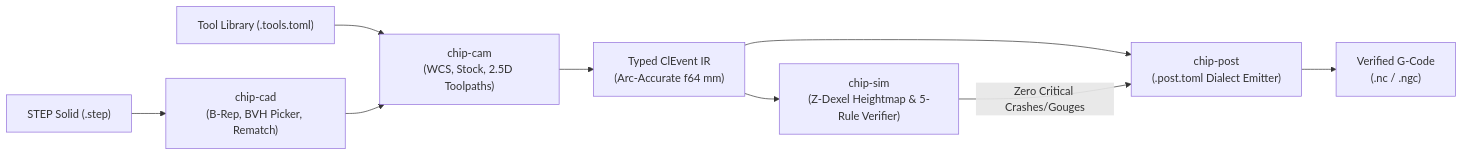
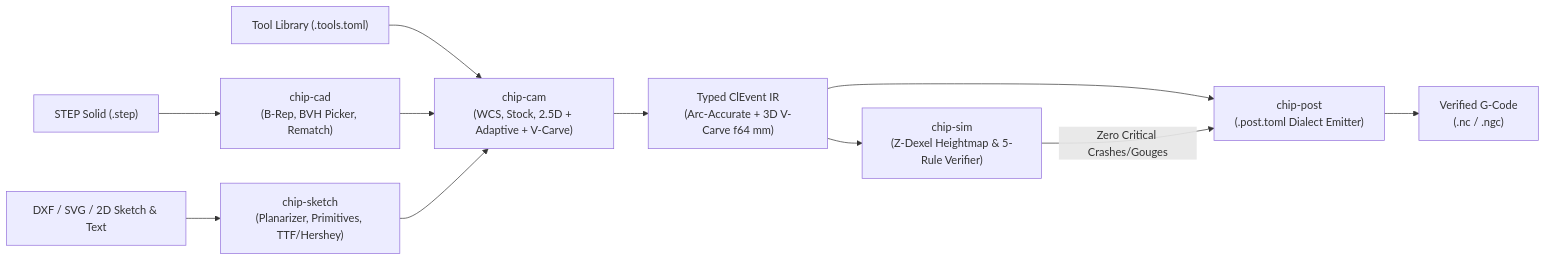
Before and after one commit to rk29/ChipCutter: the first of 2 diagrams in ARCHITECTURE.md, drawn with Mermaid. The commit also changed other lines of this file and 44 other files, not shown here.

````diff
--- a/ARCHITECTURE.md
+++ b/ARCHITECTURE.md
@@ -9,11 +9,13 @@
 ```mermaid
 flowchart LR
     STEP["STEP Solid (.step)"] --> CAD["chip-cad\n(B-Rep, BVH Picker, Rematch)"]
-    TOOLS["Tool Library (.tools.toml)"] --> CAM["chip-cam\n(WCS, Stock, 2.5D Toolpaths)"]
+    VEC["DXF / SVG / 2D Sketch & Text"] --> SKETCH["chip-sketch\n(Planarizer, Primitives, TTF/Hershey)"]
+    TOOLS["Tool Library (.tools.toml)"] --> CAM["chip-cam\n(WCS, Stock, 2.5D + Adaptive + V-Carve)"]
     CAD --> CAM
-    CAM --> CL["Typed ClEvent IR\n(Arc-Accurate f64 mm)"]
+    SKETCH --> CAM
+    CAM --> CL["Typed ClEvent IR\n(Arc-Accurate + 3D V-Carve f64 mm)"]
     CL --> SIM["chip-sim\n(Z-Dexel Heightmap & 5-Rule Verifier)"]
     CL --> POST["chip-post\n(.post.toml Dialect Emitter)"]
     SIM -- "Zero Critical Crashes/Gouges" --> POST
     POST --> GCODE["Verified G-Code\n(.nc / .ngc)"]
 ```
````
